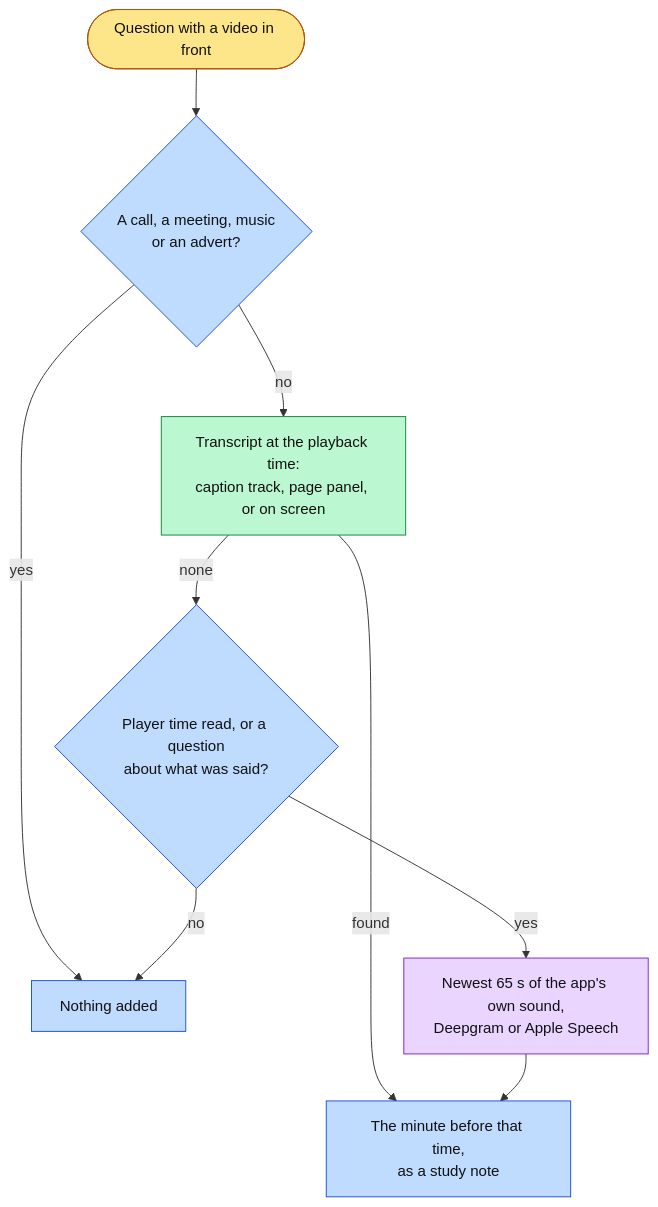
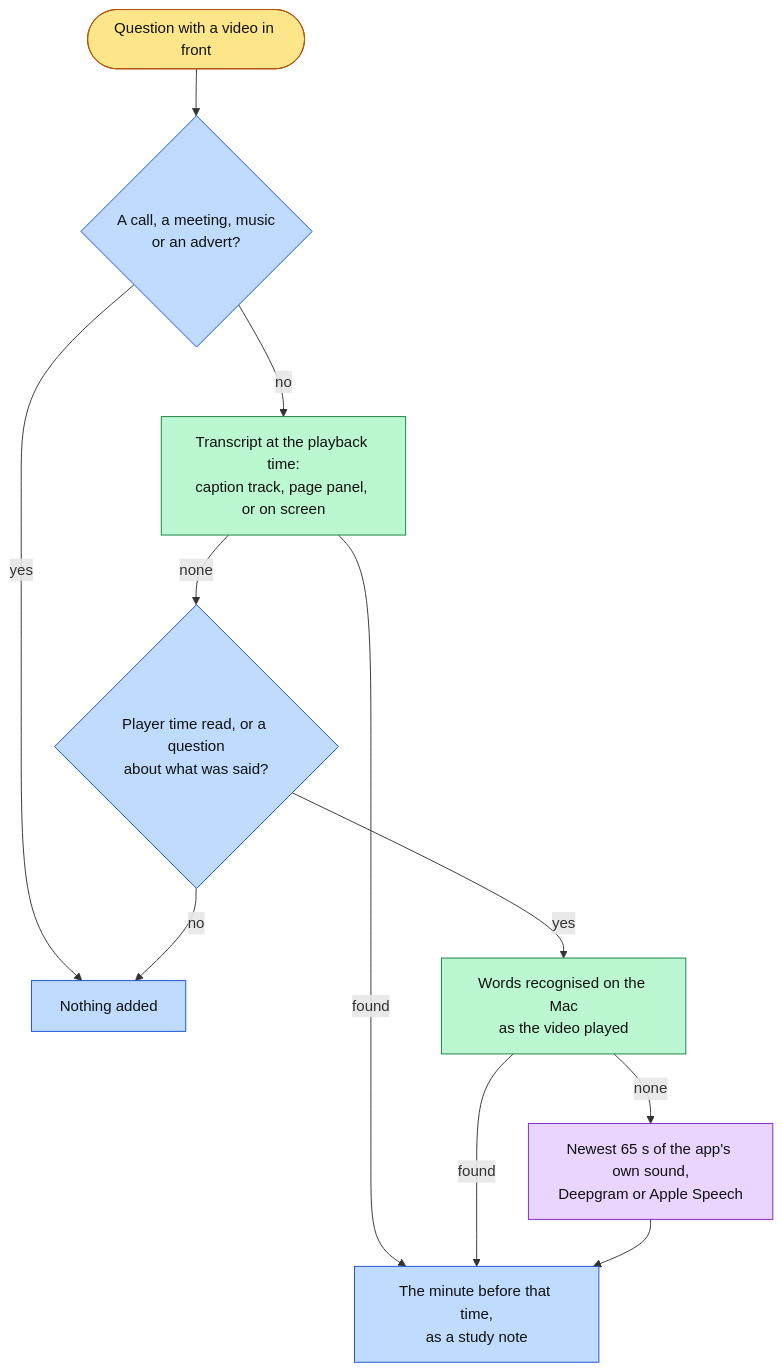
Before and after one commit to projects-hacks/buddy: the third of 5 diagrams in docs/how-it-works.md, drawn with Mermaid. The commit also changed other lines of this file and 20 other files, not shown here.

````diff
--- a/docs/how-it-works.md
+++ b/docs/how-it-works.md
@@ -128,16 +128,18 @@
 ```mermaid
 flowchart TD
     q([Question with a video in front]):::input --> excl{A call, a meeting, music<br/>or an advert?}:::logic
     excl -->|yes| none[Nothing added]:::logic
     excl -->|no| transcript[Transcript at the playback time:<br/>caption track, page panel, or on screen]:::device
     transcript -->|found| note[The minute before that time,<br/>as a study note]:::logic
     transcript -->|none| gate{Player time read, or a question<br/>about what was said?}:::logic
     gate -->|no| none
-    gate -->|yes| sound[Newest 65 s of the app's own sound,<br/>Deepgram or Apple Speech]:::cloud
+    gate -->|yes| live[Words recognised on the Mac<br/>as the video played]:::device
+    live -->|found| note
+    live -->|none| sound[Newest 65 s of the app's own sound,<br/>Deepgram or Apple Speech]:::cloud
     sound --> note
 
     classDef input fill:#fde68a,stroke:#b45309,color:#111
     classDef device fill:#bbf7d0,stroke:#15803d,color:#111
     classDef logic fill:#bfdbfe,stroke:#1d4ed8,color:#111
     classDef cloud fill:#e9d5ff,stroke:#7e22ce,color:#111
 ```
````
